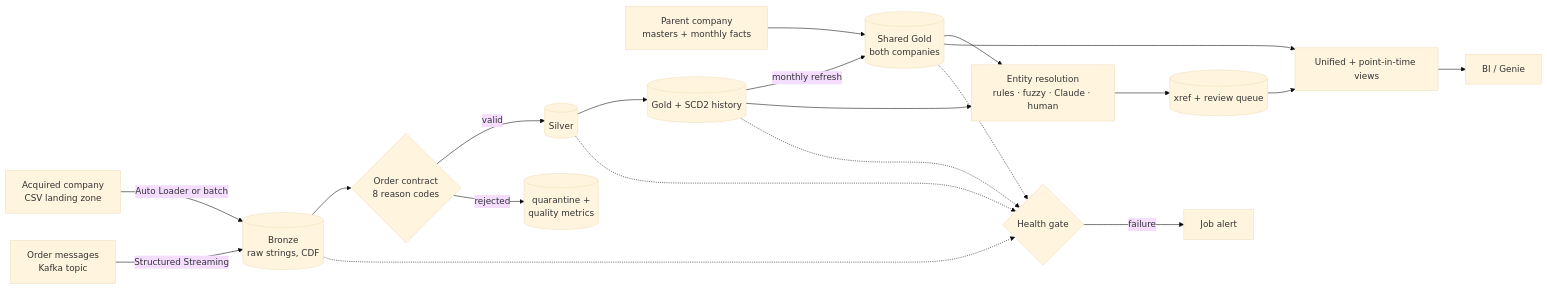
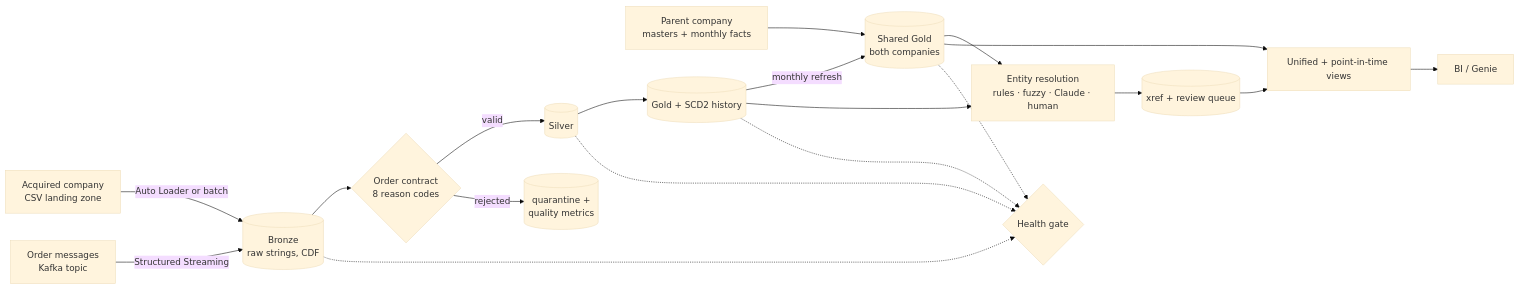
Before and after one commit to Brijesh03032001/merger-lakehouse: the first of 2 diagrams in README.md, drawn with Mermaid (base theme). The commit also changed other lines of this file, not shown here.

````diff
--- a/README.md
+++ b/README.md
@@ -81,22 +37,21 @@
 ```mermaid
 flowchart LR
-  P[Parent company<br/>masters + monthly facts] --> SH
-  C[Acquired company<br/>CSV landing zone] -->|Auto Loader or batch| B[(Bronze<br/>raw strings, CDF)]
-  K[Order messages<br/>Kafka topic] -->|Structured Streaming| B
-  B --> Q{Order contract<br/>8 reason codes}
-  Q -->|valid| S[(Silver)]
-  Q -->|rejected| QT[(quarantine +<br/>quality metrics)]
-  S --> G[(Gold + SCD2 history)]
-  G -->|monthly refresh| SH[(Shared Gold<br/>both companies)]
-  SH --> ER[Entity resolution<br/>rules · fuzzy · Claude · human]
+  P["Parent company<br/>masters + monthly facts"] --> SH
+  C["Acquired company<br/>CSV landing zone"] -->|"Auto Loader or batch"| B[("Bronze<br/>raw strings, CDF")]
+  K["Order messages<br/>Kafka topic"] -->|"Structured Streaming"| B
+  B --> Q{"Order contract<br/>8 reason codes"}
+  Q -->|"valid"| S[("Silver")]
+  Q -->|"rejected"| QT[("quarantine +<br/>quality metrics")]
+  S --> G[("Gold + SCD2 history")]
+  G -->|"monthly refresh"| SH[("Shared Gold<br/>both companies")]
+  SH --> ER["Entity resolution<br/>rules · fuzzy · Claude · human"]
   G --> ER
-  ER --> X[(xref + review queue)]
-  X --> V[Unified + point-in-time views]
+  ER --> X[("xref + review queue")]
+  X --> V["Unified + point-in-time views"]
   SH --> V
-  V --> BI[BI / Genie]
-  B -.-> H{Health gate}
+  V --> BI["BI / Genie"]
+  B -.-> H{"Health gate"}
   S -.-> H
   G -.-> H
   SH -.-> H
-  H -->|failure| A[Job alert]
 ```
````
